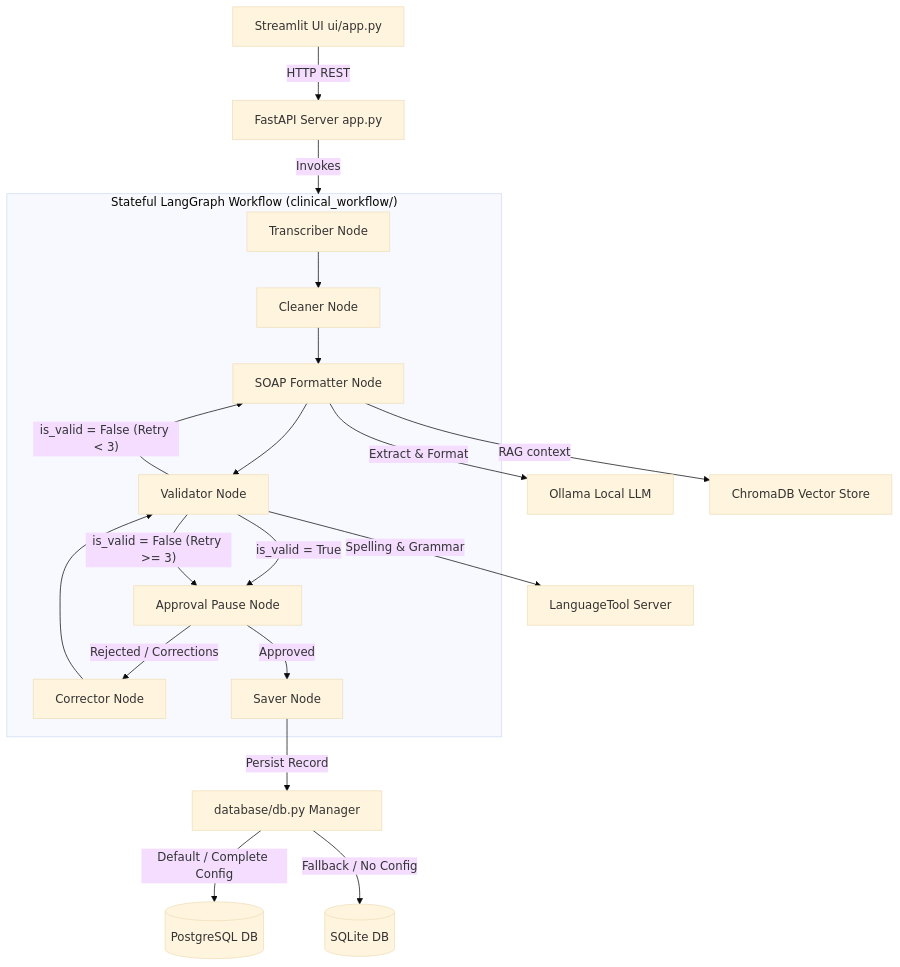
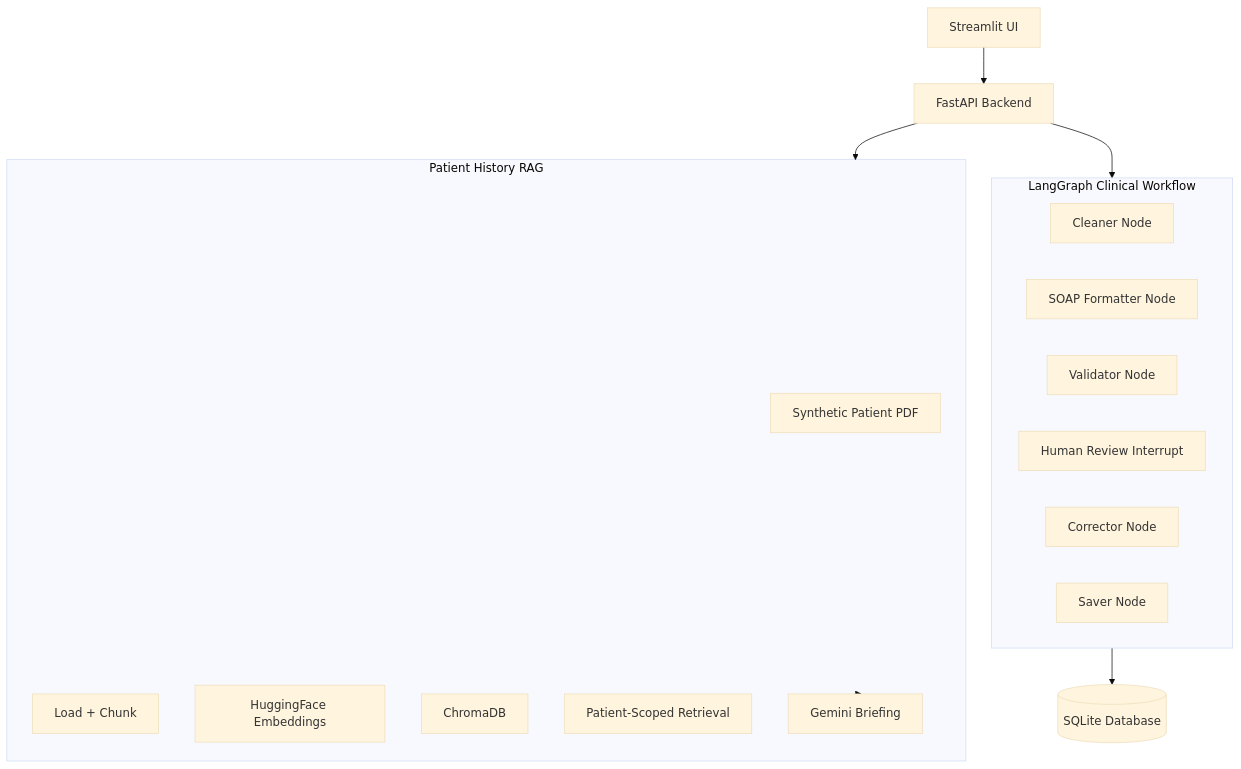
Before and after one commit to siddhardha-39/MediFlow: the diagram in docs/architecture.md, drawn with Mermaid (base theme). The commit also changed other lines of this file and 21 other files, not shown here.

````diff
--- a/docs/architecture.md
+++ b/docs/architecture.md
@@ -7,51 +7,31 @@
 ```mermaid
 graph TD
-    %% Frontend Layer
-    Streamlit[Streamlit UI ui/app.py]
-    
-    %% API Layer
-    FastAPI[FastAPI Server app.py]
-    
-    %% Workflow Layer
-    subgraph LangGraph ["Stateful LangGraph Workflow (clinical_workflow/)"]
-        Transcriber[Transcriber Node]
+    UI[Streamlit UI]
+    API[FastAPI Backend]
+
+    subgraph Workflow[LangGraph Clinical Workflow]
         Cleaner[Cleaner Node]
         Formatter[SOAP Formatter Node]
         Validator[Validator Node]
-        Approval[Approval Pause Node]
+        Review[Human Review Interrupt]
         Corrector[Corrector Node]
         Saver[Saver Node]
     end
-    
-    %% AI & Language Services
-    Ollama[Ollama Local LLM]
-    Chroma[ChromaDB Vector Store]
-    LT[LanguageTool Server]
-    
-    %% Persistence Layer
-    DB[database/db.py Manager]
-    Postgres[(PostgreSQL DB)]
-    SQLite[(SQLite DB)]
-    
-    %% Connections
-    Streamlit -- HTTP REST --> FastAPI
-    FastAPI -- Invokes --> LangGraph
-    
-    %% Graph Node Flows
-    Transcriber --> Cleaner --> Formatter --> Validator
-    Validator -- "is_valid = True" --> Approval
-    Validator -- "is_valid = False (Retry < 3)" --> Formatter
-    Validator -- "is_valid = False (Retry >= 3)" --> Approval
-    Approval -- "Approved" --> Saver
-    Approval -- "Rejected / Corrections" --> Corrector --> Validator
-    
-    %% Node dependencies
-    Formatter -- "RAG context" --> Chroma
-    Formatter -- "Extract & Format" --> Ollama
-    Validator -- "Spelling & Grammar" --> LT
-    Saver -- "Persist Record" --> DB
-    
-    %% DB routing
-    DB -- "Default / Complete Config" --> Postgres
-    DB -- "Fallback / No Config" --> SQLite
+
+    subgraph RAG[Patient History RAG]
+        PDF[Synthetic Patient PDF]
+        Load[Load + Chunk]
+        Embed[HuggingFace Embeddings]
+        Store[ChromaDB]
+        Retrieve[Patient-Scoped Retrieval]
+        Briefing[Gemini Briefing]
+    end
+
+    SQLite[(SQLite Database)]
+
+    UI --> API
+    API --> Workflow
+    API --> RAG
+    Workflow --> SQLite
+    RAG --> Briefing
 ```
````
